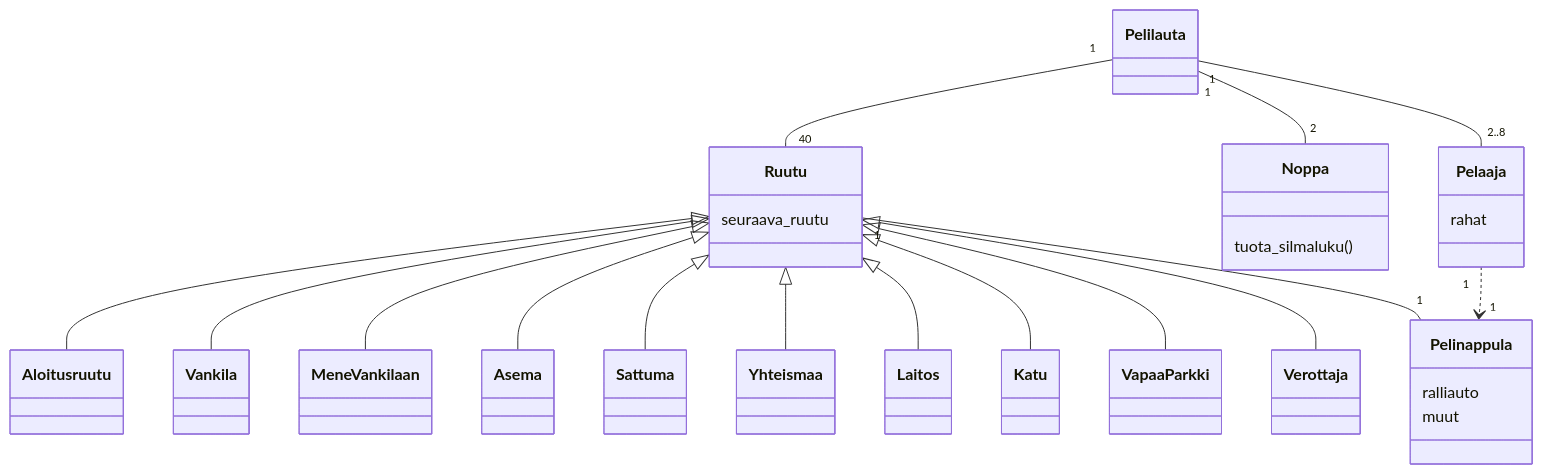
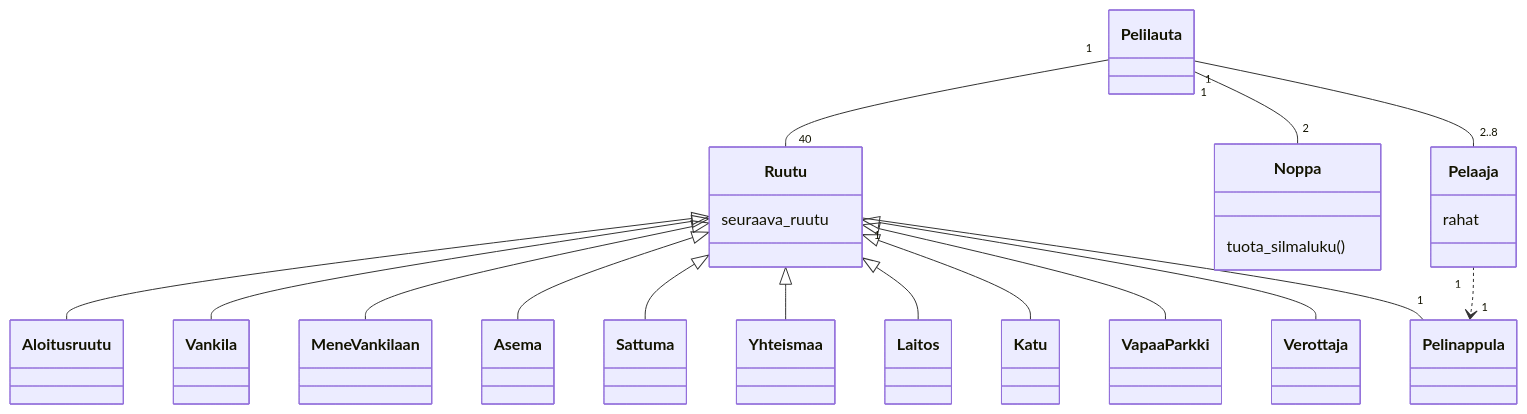
The diagram in laskarit/viikko3/monopoli.md (Wincewind/ot-harjoitustyo), drawn with Mermaid before and after one commit.

````diff
--- a/laskarit/viikko3/monopoli.md
+++ b/laskarit/viikko3/monopoli.md
@@ -3,51 +3,48 @@
 ```mermaid
  classDiagram
       Ruutu <|-- Aloitusruutu
       Ruutu <|-- Vankila
       Ruutu <|-- MeneVankilaan
       Ruutu <|-- Asema
       Ruutu <|-- Sattuma
       Ruutu <|-- Yhteismaa
       Ruutu <|-- Laitos
       Ruutu <|-- Katu
       Ruutu <|-- VapaaParkki
       Ruutu <|-- Verottaja
       Pelilauta "1" -- "40" Ruutu
       Pelilauta "1" -- "2" Noppa
       Pelaaja "1" ..> "1" Pelinappula
       Ruutu "1" -- "1" Pelinappula
       Pelilauta "1" -- "2..8" Pelaaja
       
       
       class Pelilauta{
       }
       
       class Aloitusruutu      
       class Vankila
       class Sattuma
       class Yhteismaa
       class MeneVankilaan
       class Asema
       class Laitos
       class Katu
       class Verottaja
       class VapaaParkki
       
       class Pelaaja{
         rahat
       }
       
-      class Pelinappula{
-        ralliauto
-        muut
-      }
+      class Pelinappula
       
       class Noppa{
         tuota_silmaluku()
       }
       
       class Ruutu{
         seuraava_ruutu
       }
       
 ```
````
